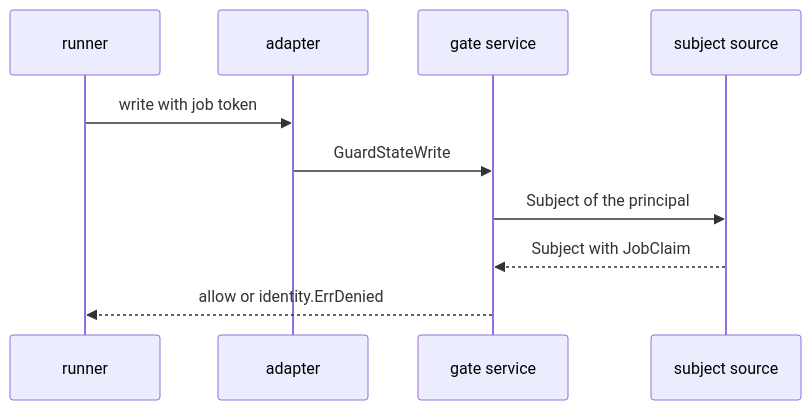
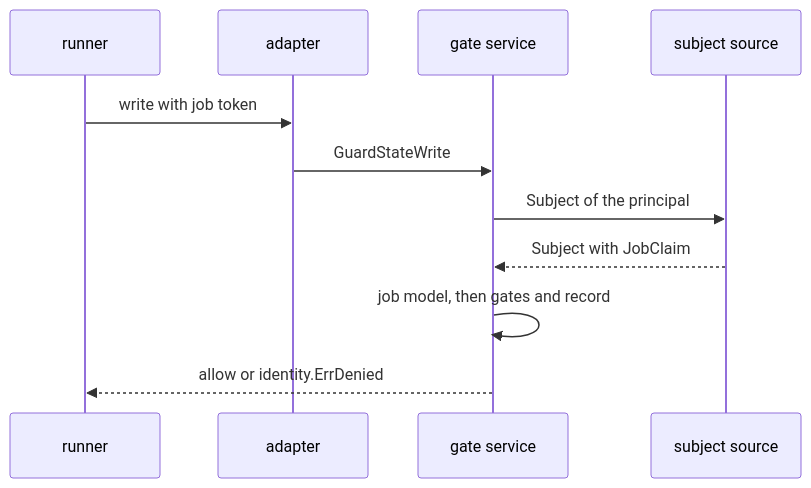
Before and after one commit to OpenDustpan/OpenDustpan: the first of 3 diagrams in openspec/changes/job-token-rules-state-write/design.md, drawn with Mermaid. The commit also changed other lines of this file and 8 other files, not shown here.

````diff
--- a/openspec/changes/job-token-rules-state-write/design.md
+++ b/openspec/changes/job-token-rules-state-write/design.md
@@ -29,12 +31,13 @@
 ```mermaid
 sequenceDiagram
 participant R as runner
 participant A as adapter
 participant G as gate service
 participant S as subject source
 R->>A: write with job token
 A->>G: GuardStateWrite
 G->>S: Subject of the principal
 S-->>G: Subject with JobClaim
-G-->>R: allow or identity.ErrDenied
+G->>G: job model, then gates and record
+    G-->>R: allow or identity.ErrDenied
 ```
````
